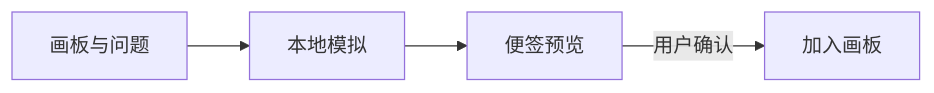
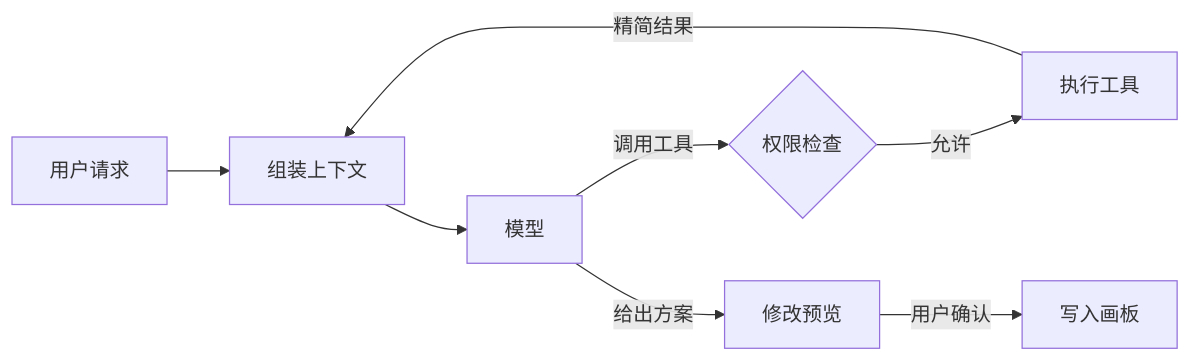
The diagram in src/content/design/overview.md (xmili233/muse-canvas), drawn with Mermaid before and after one commit. The commit also changed other lines of this file and 15 other files, not shown here.

````diff
--- a/src/content/design/overview.md
+++ b/src/content/design/overview.md
@@ -3,6 +7,10 @@
 ```mermaid
 flowchart LR
-  A[画板与问题] --> B[本地模拟]
-  B --> C[便签预览]
-  C -->|用户确认| D[加入画板]
+  U[用户请求] --> C[组装上下文]
+  C --> M[模型]
+  M -->|调用工具| P{权限检查}
+  P -->|允许| T[执行工具]
+  T -->|精简结果| C
+  M -->|给出方案| V[修改预览]
+  V -->|用户确认| B[写入画板]
 ```
````
